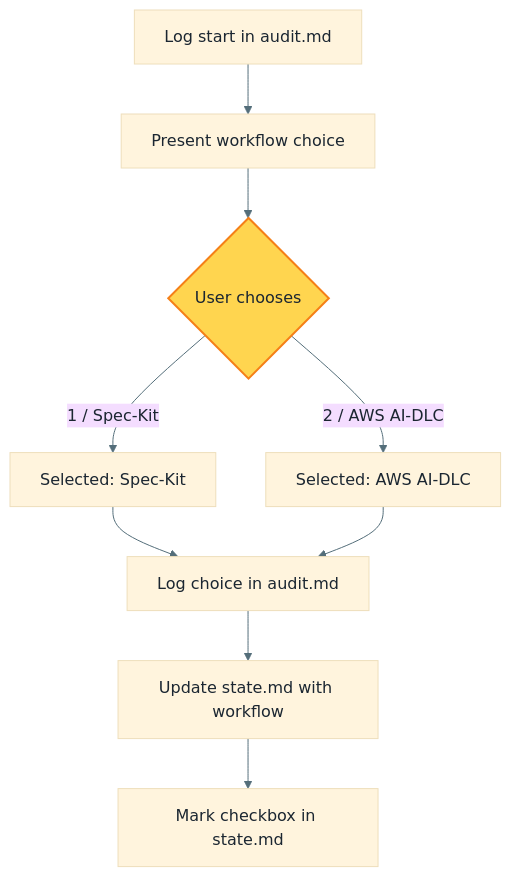
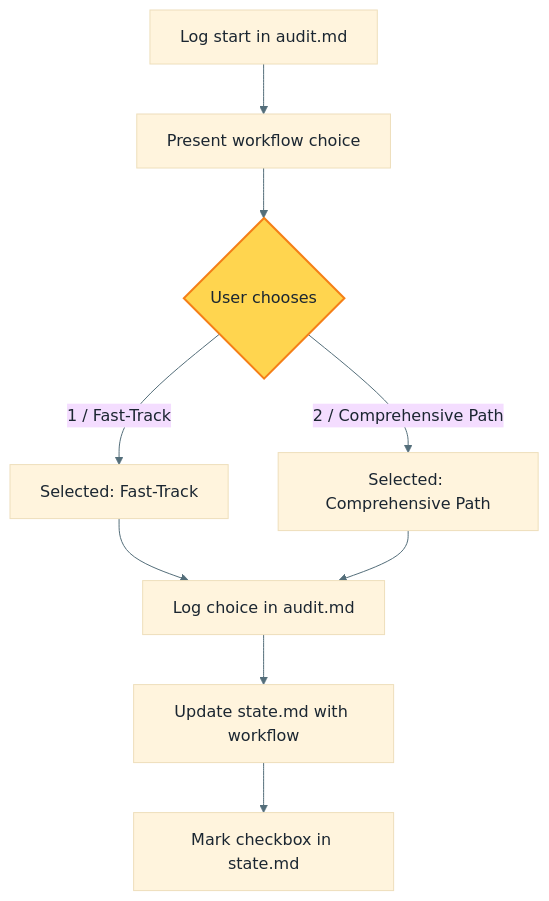
The eighth of 26 diagrams in docs/WORKFLOW-FULL-DETAILED.md (premkumarjanagarajan/fluid-flow-ai), drawn with Mermaid before and after one commit. The commit also changed other lines of this file and 105 other files, not shown here.

````diff
--- a/docs/WORKFLOW-FULL-DETAILED.md
+++ b/docs/WORKFLOW-FULL-DETAILED.md
@@ -395,14 +395,14 @@
 ```mermaid
 %%{init: {'theme': 'base', 'themeVariables': {'primaryTextColor': '#1B2631', 'lineColor': '#546E7A', 'textColor': '#1B2631'}}}%%
 flowchart TD
     A["Log start in audit.md"] --> B["Present workflow choice"]
     B --> C{"User chooses"}
-    C -->|1 / Spec-Kit| D["Selected: Spec-Kit"]
-    C -->|2 / AWS AI-DLC| E["Selected: AWS AI-DLC"]
+    C -->|1 / Fast-Track| D["Selected: Fast-Track"]
+    C -->|2 / Comprehensive Path| E["Selected: Comprehensive Path"]
     D --> F["Log choice in audit.md"]
     E --> F
     F --> G["Update state.md with workflow"]
     G --> H["Mark checkbox in state.md"]
 
     style C fill:#FFD54F,stroke:#F57F17,stroke-width:2px
 ```
````
